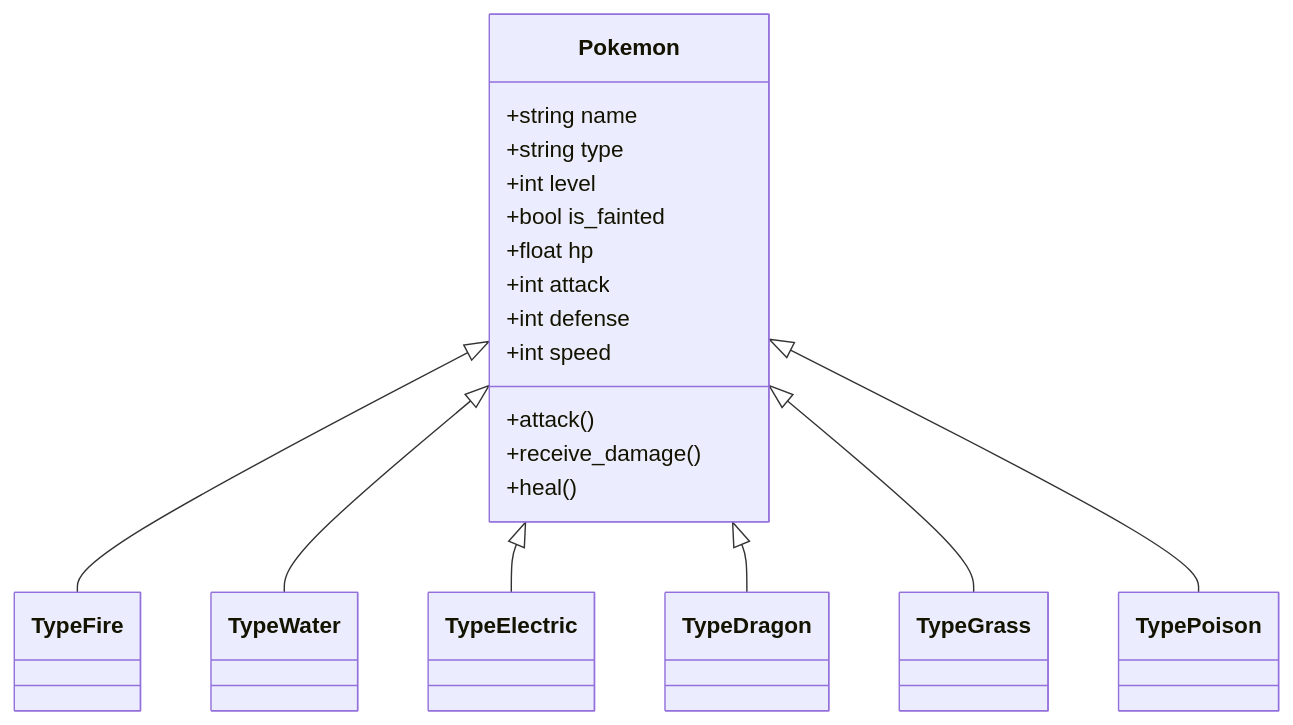
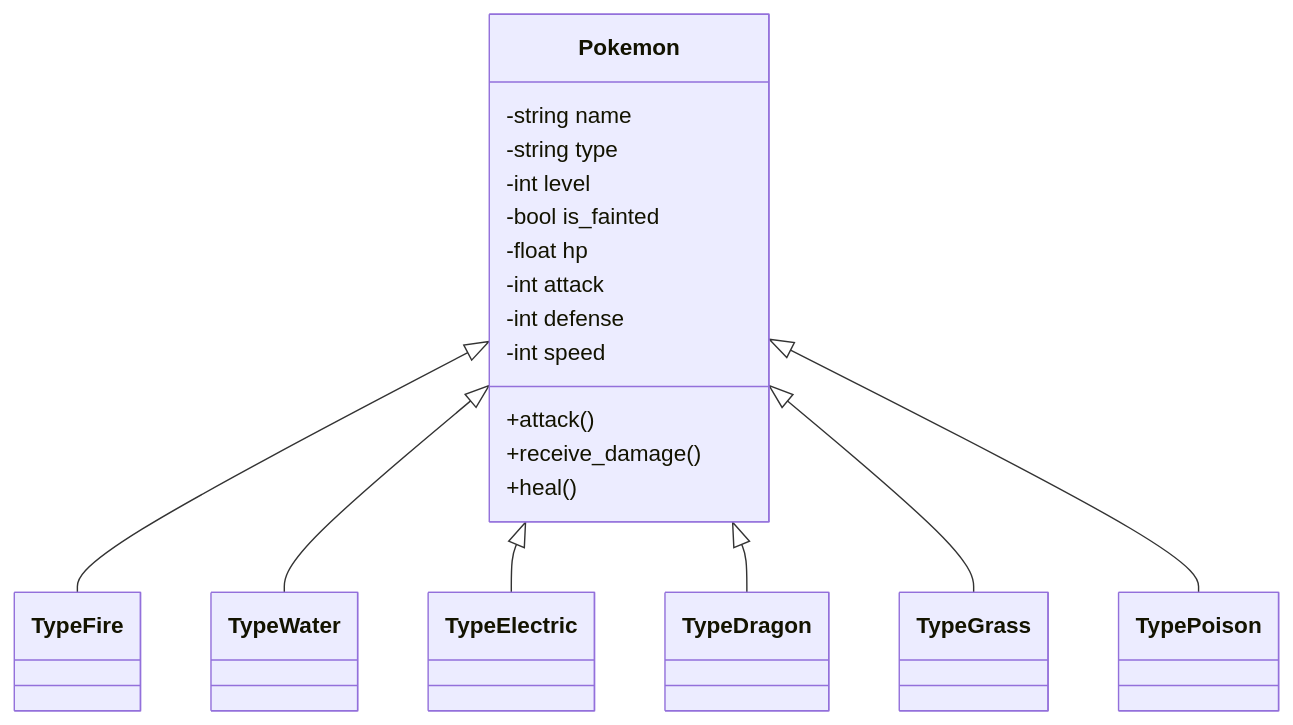
One commit to ngodoya/Reto_2 changed the second of 2 diagrams in README.md. Above: the diagram before and after it, drawn with Mermaid.

Commit message:
Atributos ocultos en herencia

````diff
--- a/README.md
+++ b/README.md
@@ -83,27 +83,27 @@
 ```mermaid
 classDiagram
 direction BT
 class Pokemon {
-    +string name
-    +string type
-    +int level
-    +bool is_fainted
-    +float hp
-    +int attack
-    +int defense
-    +int speed
+    -string name
+    -string type
+    -int level
+    -bool is_fainted
+    -float hp
+    -int attack
+    -int defense
+    -int speed
     +attack()
     +receive_damage()
     +heal()
 }
 
 
 
 TypeFire --|> Pokemon
 TypeWater --|> Pokemon
 TypeElectric --|> Pokemon
 TypeDragon --|> Pokemon
 TypeGrass --|> Pokemon
 TypePoison --|> Pokemon
 
 ```
````
